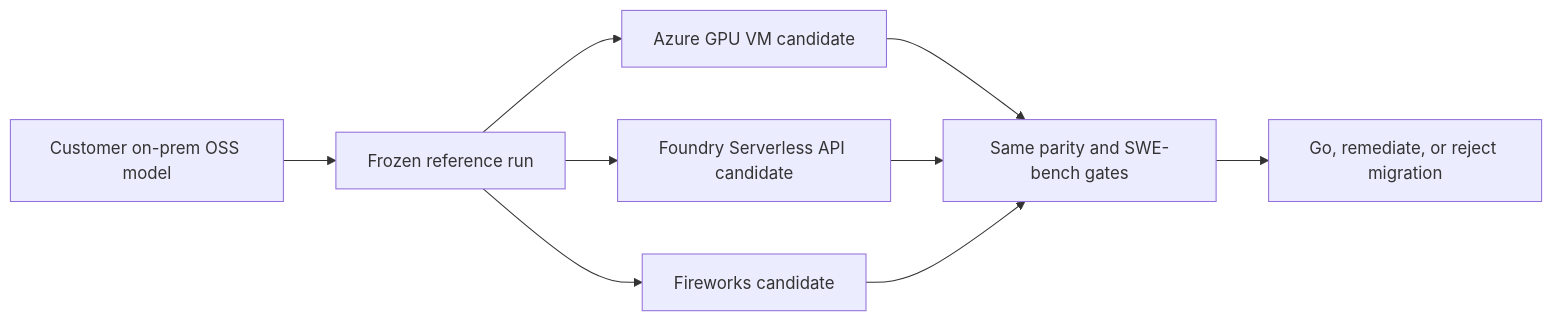
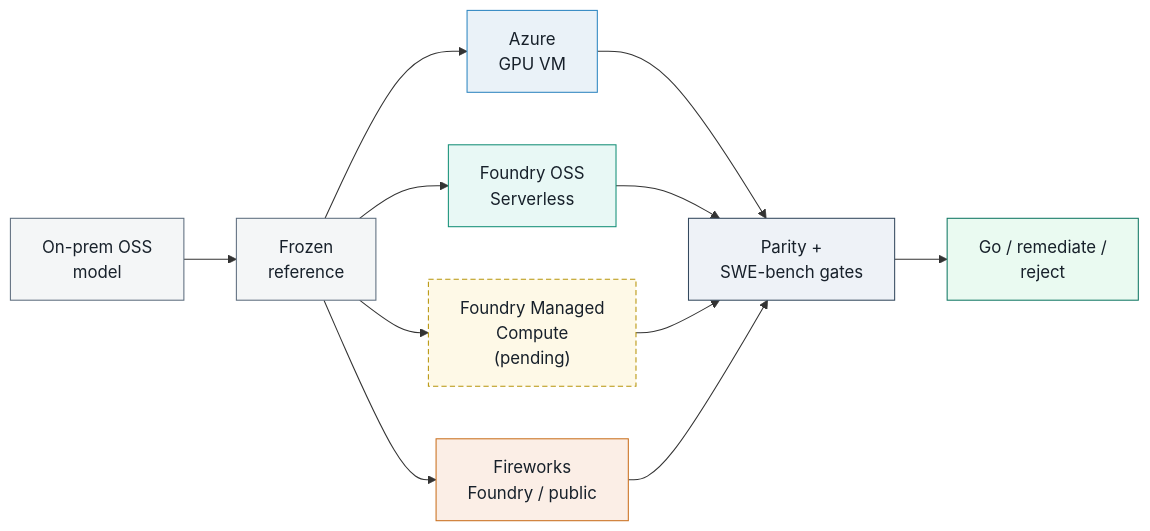
One commit to david-xinyuwei/david-share changed the first of 4 diagrams in Deep-Learning/OSS-Model-SWE-bench-Evaluation-Playbook/README.md. Above: the diagram before and after it, drawn with Mermaid. The commit also changed other lines of this file and 17 other files, not shown here.

Commit message:
feat: harden OSS SWE-bench migration playbook

````diff
--- a/Deep-Learning/OSS-Model-SWE-bench-Evaluation-Playbook/README.md
+++ b/Deep-Learning/OSS-Model-SWE-bench-Evaluation-Playbook/README.md
@@ -51,11 +54,28 @@
 ```mermaid
 flowchart LR
-  O[Customer on-prem OSS model] --> R[Frozen reference run]
-  R --> V[Azure GPU VM candidate]
-  R --> S[Foundry Serverless API candidate]
-  R --> F[Fireworks candidate]
-  V --> P[Same parity and SWE-bench gates]
+  O["On-prem OSS<br/>model"] --> R["Frozen<br/>reference"]
+  R --> V["Azure<br/>GPU VM"]
+  R --> S["Foundry OSS<br/>Serverless"]
+  R --> M["Foundry Managed<br/>Compute<br/>(pending)"]
+  R --> F["Fireworks<br/>Foundry / public"]
+  V --> P["Parity +<br/>SWE-bench gates"]
   S --> P
+  M --> P
   F --> P
-  P --> G[Go, remediate, or reject migration]
+  P --> G["Go / remediate /<br/>reject"]
+
+  classDef source fill:#f4f6f7,stroke:#5d6d7e,color:#17202a
+  classDef vm fill:#eaf2f8,stroke:#2e86c1,color:#17202a
+  classDef serverless fill:#e8f8f5,stroke:#148f77,color:#17202a
+  classDef managed fill:#fef9e7,stroke:#b7950b,color:#17202a,stroke-dasharray:5 3
+  classDef fireworks fill:#fbeee6,stroke:#ca6f1e,color:#17202a
+  classDef gate fill:#eef2f7,stroke:#34495e,color:#17202a
+  classDef outcome fill:#eafaf1,stroke:#117864,color:#17202a
+  class O,R source
+  class V vm
+  class S serverless
+  class M managed
+  class F fireworks
+  class P gate
+  class G outcome
 ```
````
